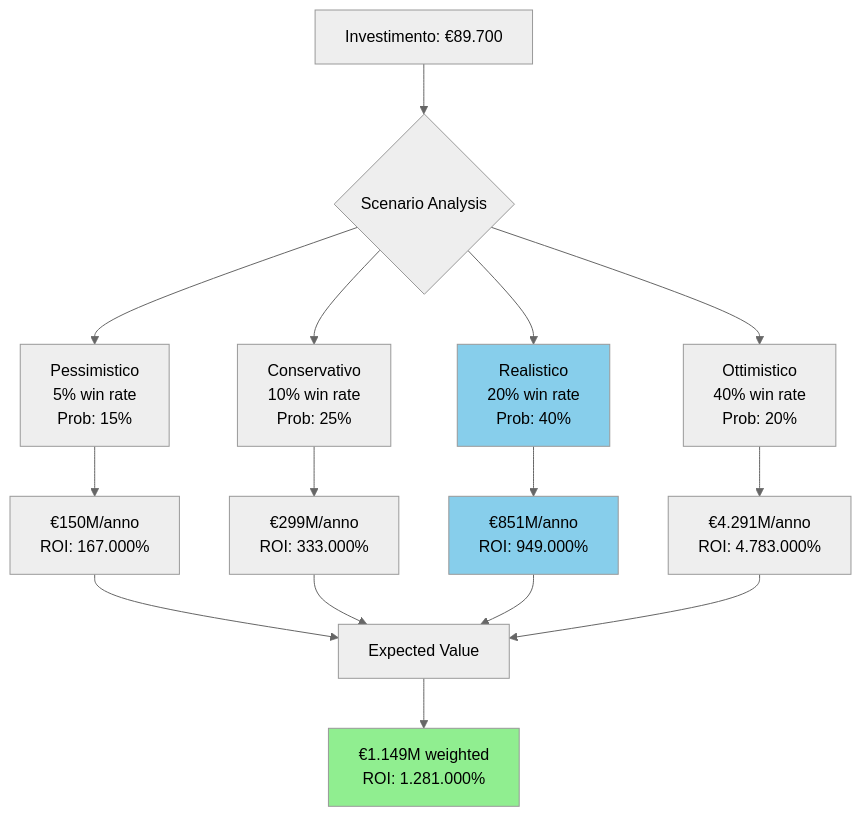
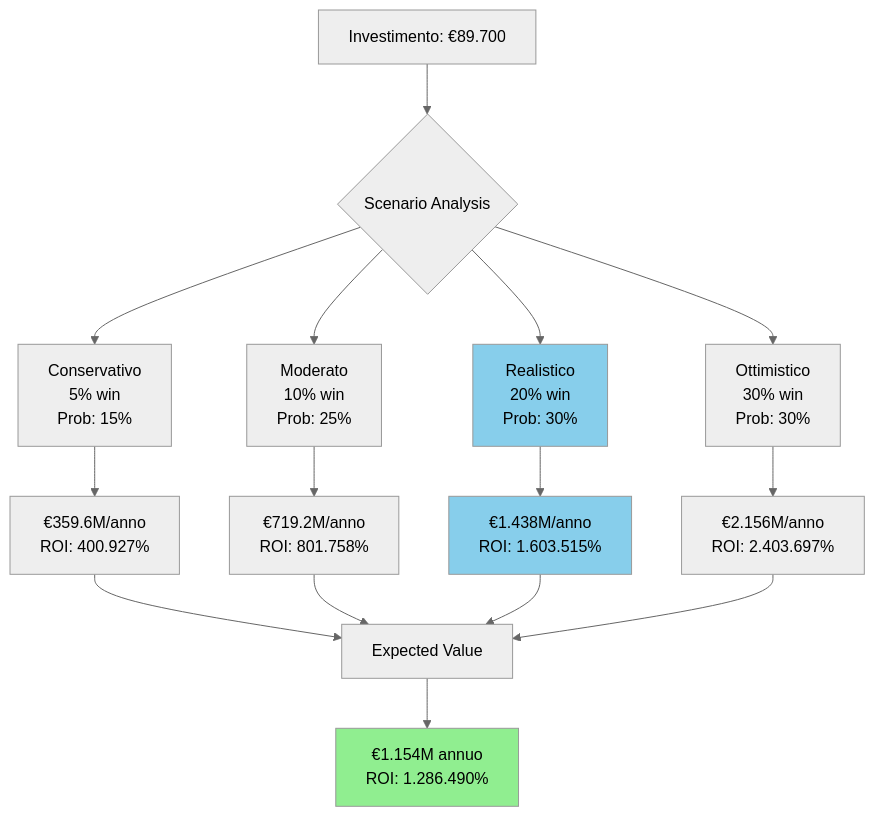
Before and after one commit to AIgen-Solutions-s-r-l/bsc: the eighth of 8 diagrams in PROPOSTA_ESECUTIVA_ARBITRAGGIO_BSC.md, drawn with Mermaid (neutral theme). The commit also changed other lines of this file, not shown here.

First line of the commit message:
fix: correggi calcoli ROI e profitti con matematica accurata

````diff
--- a/PROPOSTA_ESECUTIVA_ARBITRAGGIO_BSC.md
+++ b/PROPOSTA_ESECUTIVA_ARBITRAGGIO_BSC.md
@@ -920,25 +648,25 @@
 ```mermaid
 graph TD
     A[Investimento: €89.700] --> B{Scenario Analysis}
 
-    B --> C[Pessimistico<br/>5% win rate<br/>Prob: 15%]
-    B --> D[Conservativo<br/>10% win rate<br/>Prob: 25%]
-    B --> E[Realistico<br/>20% win rate<br/>Prob: 40%]
-    B --> F[Ottimistico<br/>40% win rate<br/>Prob: 20%]
+    B --> C[Conservativo<br/>5% win<br/>Prob: 15%]
+    B --> D[Moderato<br/>10% win<br/>Prob: 25%]
+    B --> E[Realistico<br/>20% win<br/>Prob: 30%]
+    B --> F[Ottimistico<br/>30% win<br/>Prob: 30%]
 
-    C --> C1[€150M/anno<br/>ROI: 167.000%]
-    D --> D1[€299M/anno<br/>ROI: 333.000%]
-    E --> E1[€851M/anno<br/>ROI: 949.000%]
-    F --> F1[€4.291M/anno<br/>ROI: 4.783.000%]
+    C --> C1[€359.6M/anno<br/>ROI: 400.927%]
+    D --> D1[€719.2M/anno<br/>ROI: 801.758%]
+    E --> E1[€1.438M/anno<br/>ROI: 1.603.515%]
+    F --> F1[€2.156M/anno<br/>ROI: 2.403.697%]
 
     C1 --> G[Expected Value]
     D1 --> G
     E1 --> G
     F1 --> G
 
-    G --> H[€1.149M weighted<br/>ROI: 1.281.000%]
+    G --> H[€1.154M annuo<br/>ROI: 1.286.490%]
 
     style H fill:#90EE90
     style E fill:#87CEEB
     style E1 fill:#87CEEB
 ```
````
